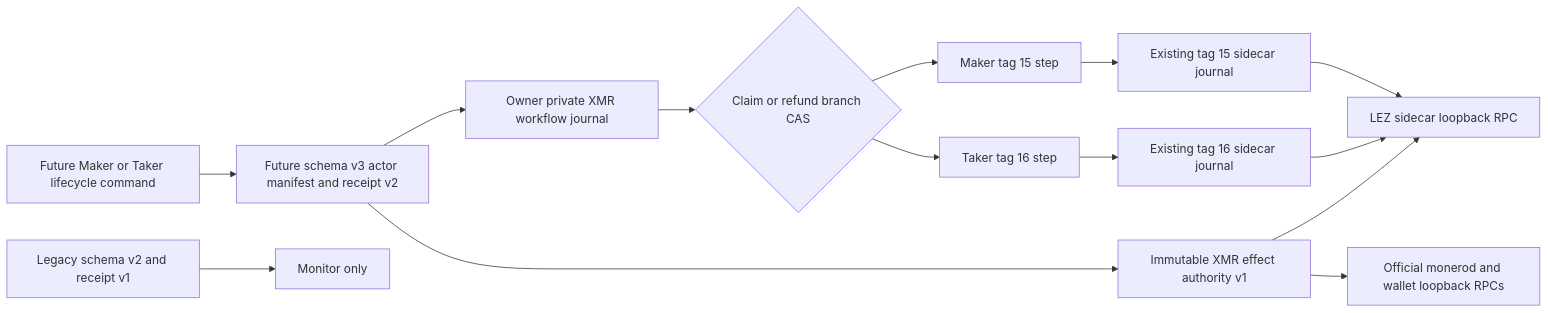
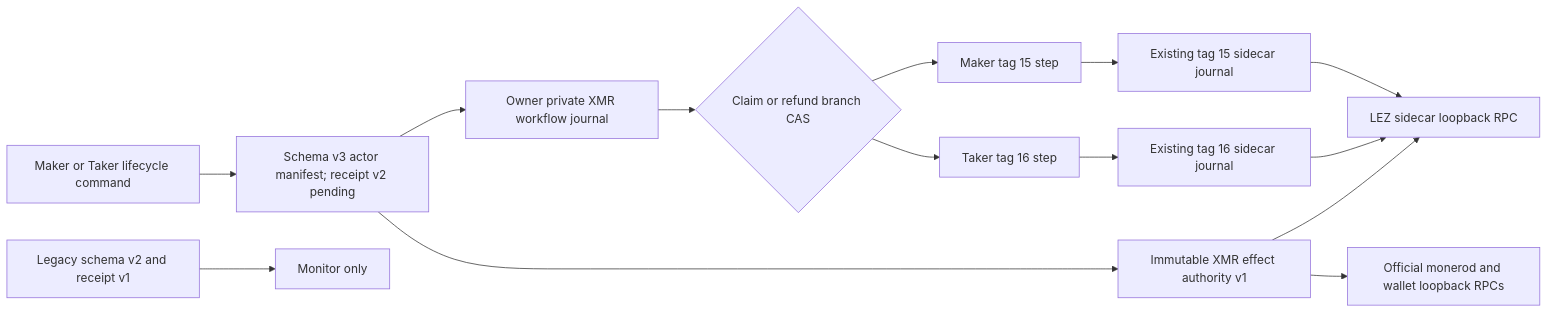
One commit to gateway-fm/lez-atomic-swaps changed the first of 3 diagrams in docs/architecture/0126-separate-xmr-effect-workflow-authority.md. Above: the diagram before and after it, drawn with Mermaid. The commit also changed other lines of this file and 11 other files, not shown here.

Commit message:
feat(m5): bind XMR schema v3 effect authority

````diff
--- a/docs/architecture/0126-separate-xmr-effect-workflow-authority.md
+++ b/docs/architecture/0126-separate-xmr-effect-workflow-authority.md
@@ -36,16 +36,16 @@
 ```mermaid
 flowchart LR
-    CLI["Future Maker or Taker lifecycle command"] --> V3["Future schema v3 actor manifest and receipt v2"]
+    CLI["Maker or Taker lifecycle command"] --> V3["Schema v3 actor manifest; receipt v2 pending"]
     V3 --> W["Owner private XMR workflow journal"]
     V3 --> A["Immutable XMR effect authority v1"]
     W --> C{"Claim or refund branch CAS"}
     C --> S15["Maker tag 15 step"]
     C --> S16["Taker tag 16 step"]
     S15 --> J15["Existing tag 15 sidecar journal"]
     S16 --> J16["Existing tag 16 sidecar journal"]
     J15 --> LR["LEZ sidecar loopback RPC"]
     J16 --> LR
     A --> MR["Official monerod and wallet loopback RPCs"]
     A --> LR
     V2["Legacy schema v2 and receipt v1"] --> M["Monitor only"]
 ```
````
